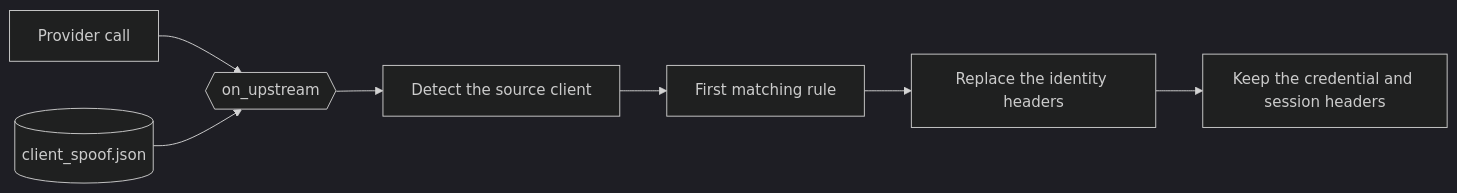
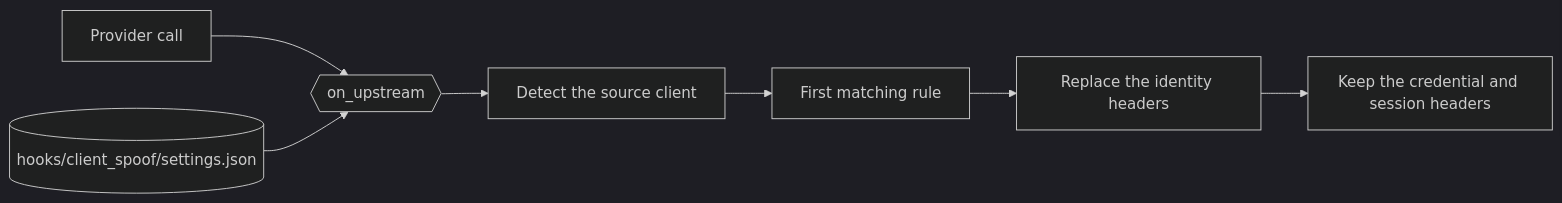
Before and after one commit to nemoe7/daedalus: the diagram in docs/hooks/client_spoof.md, drawn with Mermaid (dark theme). The commit also changed other lines of this file and 8 other files, not shown here.

Commit message:
feat(hooks): store hook settings and JSON data in .daedalus-state

````diff
--- a/docs/hooks/client_spoof.md
+++ b/docs/hooks/client_spoof.md
@@ -40,9 +40,9 @@
 ```mermaid
 flowchart LR
   A[Provider call] --> B{{on_upstream}}
-  C[(client_spoof.json)] --> B
+  C[(hooks/client_spoof/settings.json)] --> B
   B --> D[Detect the source client]
   D --> E[First matching rule]
   E --> F[Replace the identity headers]
   F --> G[Keep the credential and session headers]
 ```
````
